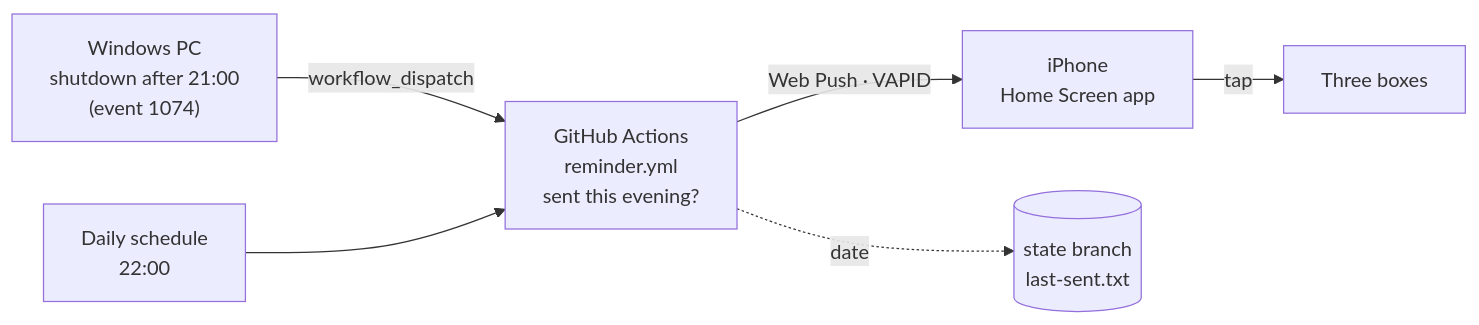
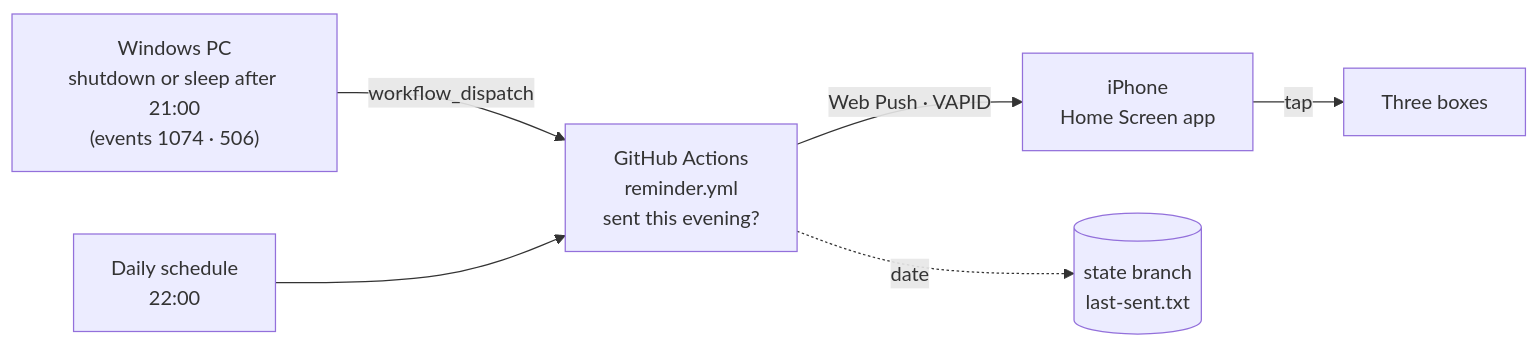
One commit to YILDIRIMZX/aksam-notu changed the diagram in README.md. Above: the diagram before and after it, drawn with Mermaid. The commit also changed other lines of this file and 8 other files, not shown here.

````diff
--- a/README.md
+++ b/README.md
@@ -33,8 +33,8 @@
 ```mermaid
 flowchart LR
-  PC["Windows PC<br/>shutdown after 21:00<br/>(event 1074)"] -- "workflow_dispatch" --> GA
+  PC["Windows PC<br/>shutdown or sleep after 21:00<br/>(events 1074 · 506)"] -- "workflow_dispatch" --> GA
   Cron["Daily schedule<br/>22:00"] --> GA
   GA["GitHub Actions<br/>reminder.yml<br/>sent this evening?"] -- "Web Push · VAPID" --> Phone["iPhone<br/>Home Screen app"]
   GA -. "date" .-> State[("state branch<br/>last-sent.txt")]
   Phone -- "tap" --> Note["Three boxes"]
 ```
````
